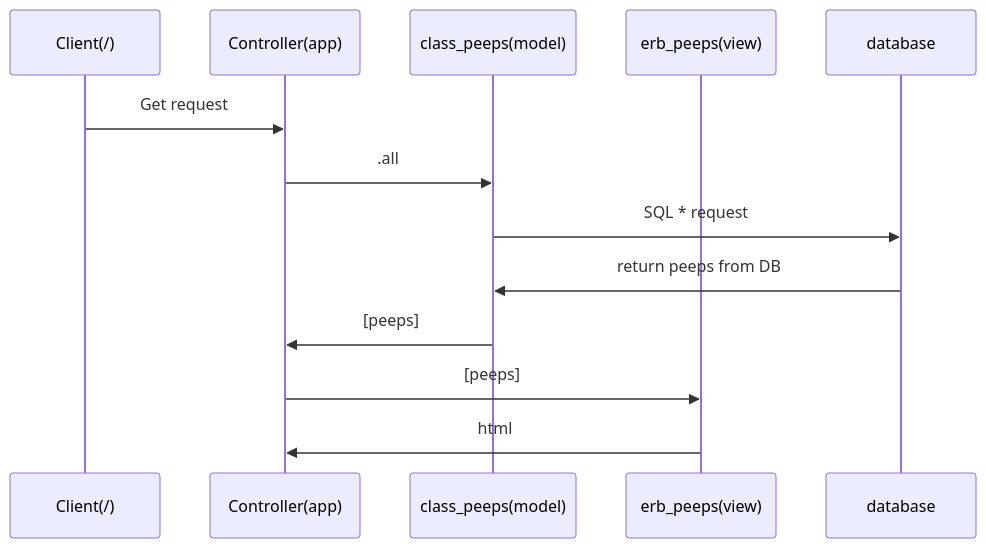
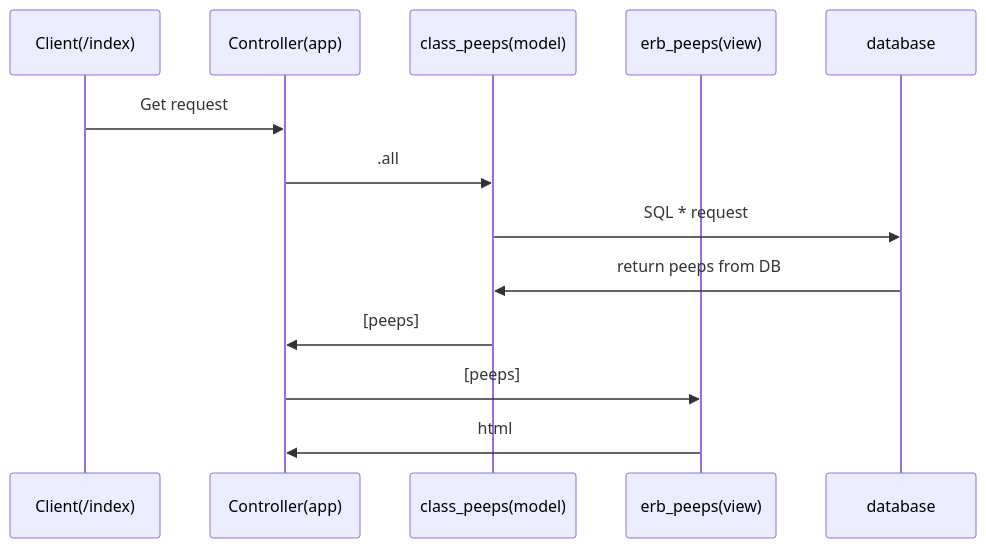
Before and after one commit to makersacademy/chitter-challenge: the second of 5 diagrams in README.md, drawn with Mermaid. The commit also changed other lines of this file and 11 other files, not shown here.

````diff
--- a/README.md
+++ b/README.md
@@ -44,15 +44,15 @@
 ```mermaid
   sequenceDiagram
-    participant A as Client(/)
+    participant A as Client(/index)
     participant B as Controller(app)
     participant C as class_peeps(model)
     participant D as erb_peeps(view)
     participant E as database
     A->>B: Get request
     B->>C: .all
     C->>E: SQL * request
     E->>C: return peeps from DB
     C->>B: [peeps]
     B->>D: [peeps]
     D->>B: html
 ```
````
